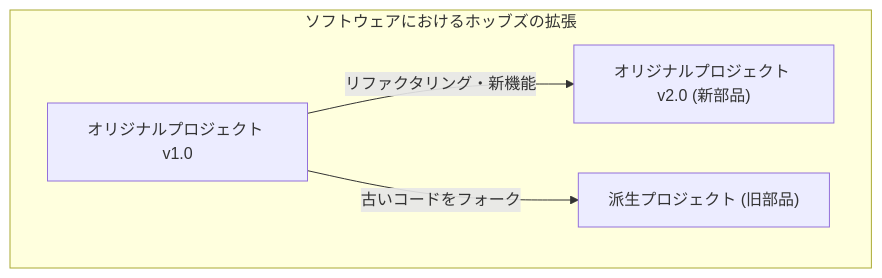
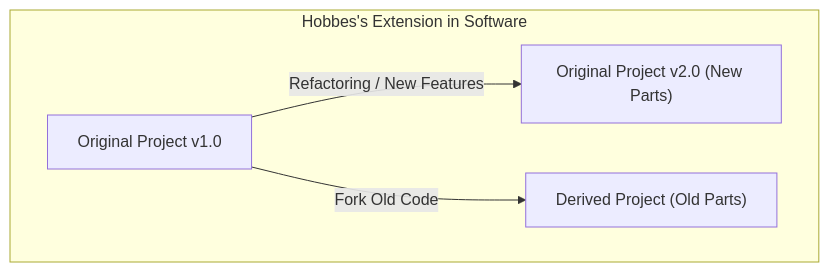
One commit to kenjinote/blog changed the fourth of 4 diagrams in content/post/ship-of-theseus/index.en.md. Above: the diagram before and after it, drawn with Mermaid. The commit also changed other lines of this file and 28 other files, not shown here.

Commit message:
Translate Japanese text inside Mermaid diagrams to respective languages

````diff
--- a/content/post/ship-of-theseus/index.en.md
+++ b/content/post/ship-of-theseus/index.en.md
@@ -139,7 +139,7 @@
 ```mermaid
 graph TD
-    subgraph "ソフトウェアにおけるホッブズの拡張"
-        A["オリジナルプロジェクト v1.0"] -->|"リファクタリング・新機能"| B["オリジナルプロジェクト v2.0 (新部品)"]
-        A -->|"古いコードをフォーク"| C["派生プロジェクト (旧部品)"]
+    subgraph "Hobbes's Extension in Software"
+        A["Original Project v1.0"] -->|"Refactoring / New Features"| B["Original Project v2.0 (New Parts)"]
+        A -->|"Fork Old Code"| C["Derived Project (Old Parts)"]
     end
 ```
````
